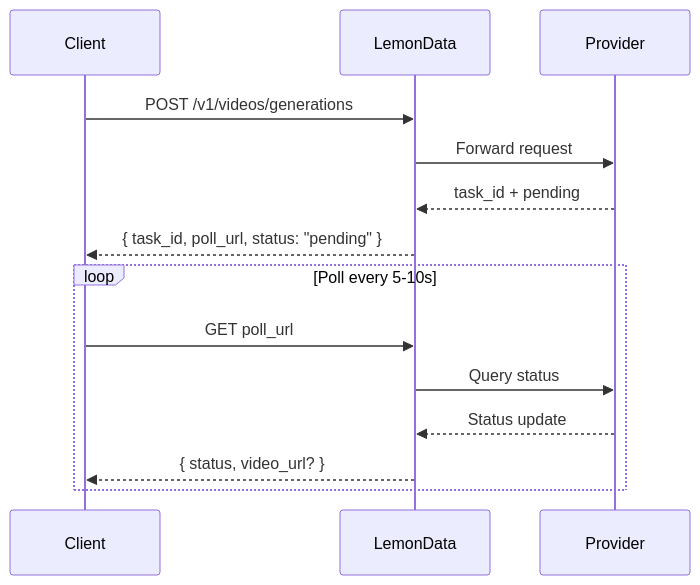
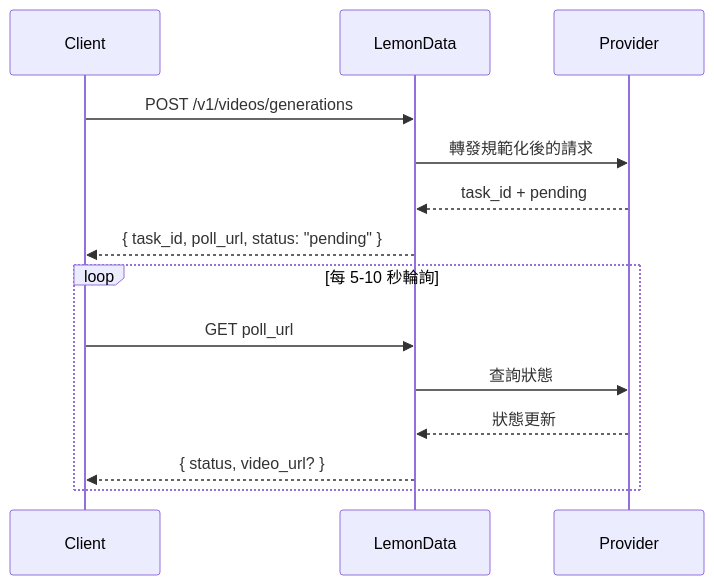
The diagram in zh-Hant/guides/video-generation.mdx (hedging8563/lemondata-docs), drawn with Mermaid before and after one commit. The commit also changed other lines of this file and 5 other files, not shown here.

````diff
--- a/zh-Hant/guides/video-generation.mdx
+++ b/zh-Hant/guides/video-generation.mdx
@@ -21,18 +24,18 @@
 ```mermaid
 sequenceDiagram
     participant Client
     participant LemonData
     participant Provider
 
     Client->>LemonData: POST /v1/videos/generations
-    LemonData->>Provider: Forward request
+    LemonData->>Provider: 轉發規範化後的請求
     Provider-->>LemonData: task_id + pending
     LemonData-->>Client: { task_id, poll_url, status: "pending" }
 
-    loop Poll every 5-10s
+    loop 每 5-10 秒輪詢
         Client->>LemonData: GET poll_url
-        LemonData->>Provider: Query status
-        Provider-->>LemonData: Status update
+        LemonData->>Provider: 查詢狀態
+        Provider-->>LemonData: 狀態更新
         LemonData-->>Client: { status, video_url? }
     end
 ```
````
